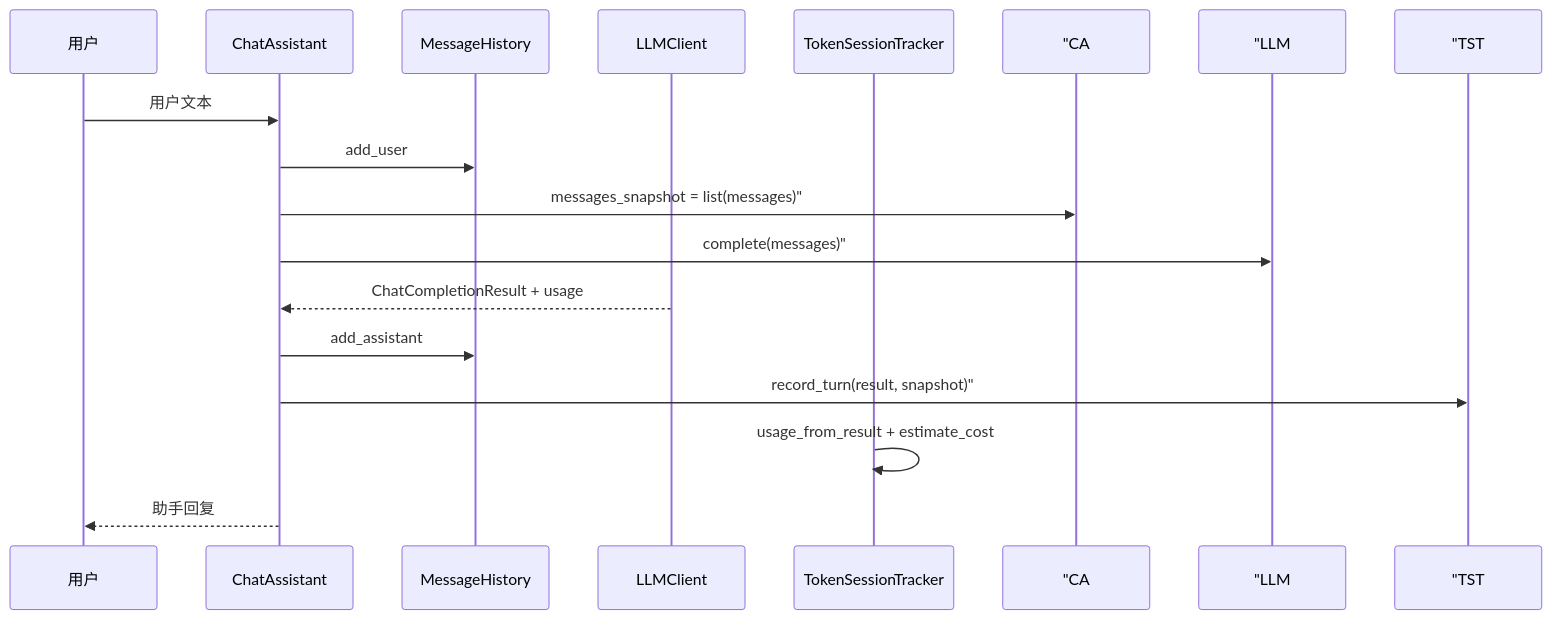
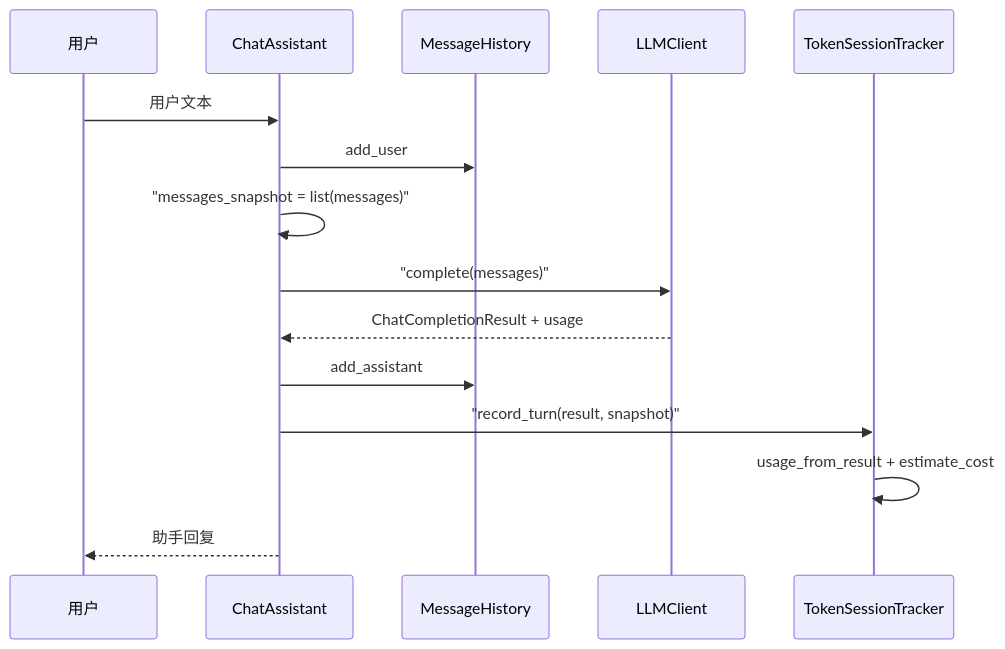
One commit to ab6539763/70_days_course_plus changed the second of 2 diagrams in course/day15/03_架构设计.md. Above: the diagram before and after it, drawn with Mermaid. The commit also changed 80 other files, not shown here.

First line of the commit message:
fix(course): 修复 Mermaid 图表渲染报错 + 同步嵌入代码快照

````diff
--- a/course/day15/03_架构设计.md
+++ b/course/day15/03_架构设计.md
@@ -66,18 +66,18 @@
 ```mermaid
 sequenceDiagram
     participant U as 用户
     participant CA as ChatAssistant
     participant MH as MessageHistory
     participant LLM as LLMClient
     participant TST as TokenSessionTracker
 
     U->>CA: 用户文本
     CA->>MH: add_user
-    CA->> "CA: messages_snapshot = list(messages)"
-    CA->> "LLM: complete(messages)"
+    CA->>CA: "messages_snapshot = list(messages)"
+    CA->>LLM: "complete(messages)"
     LLM-->>CA: ChatCompletionResult + usage
     CA->>MH: add_assistant
-    CA->> "TST: record_turn(result, snapshot)"
+    CA->>TST: "record_turn(result, snapshot)"
     TST->>TST: usage_from_result + estimate_cost
     CA-->>U: 助手回复
 ```
````
